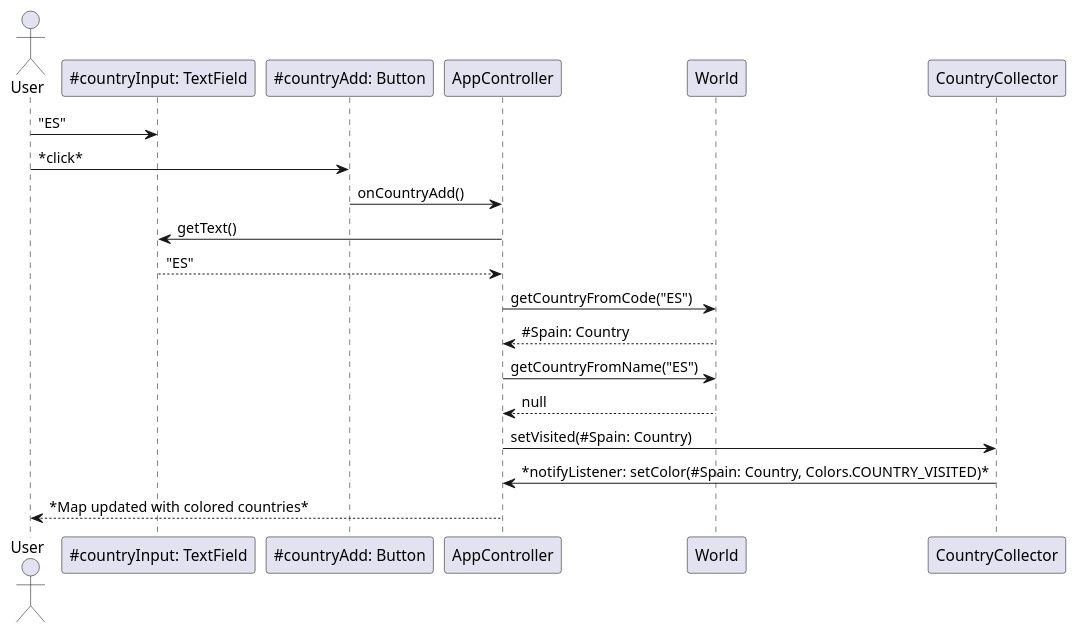
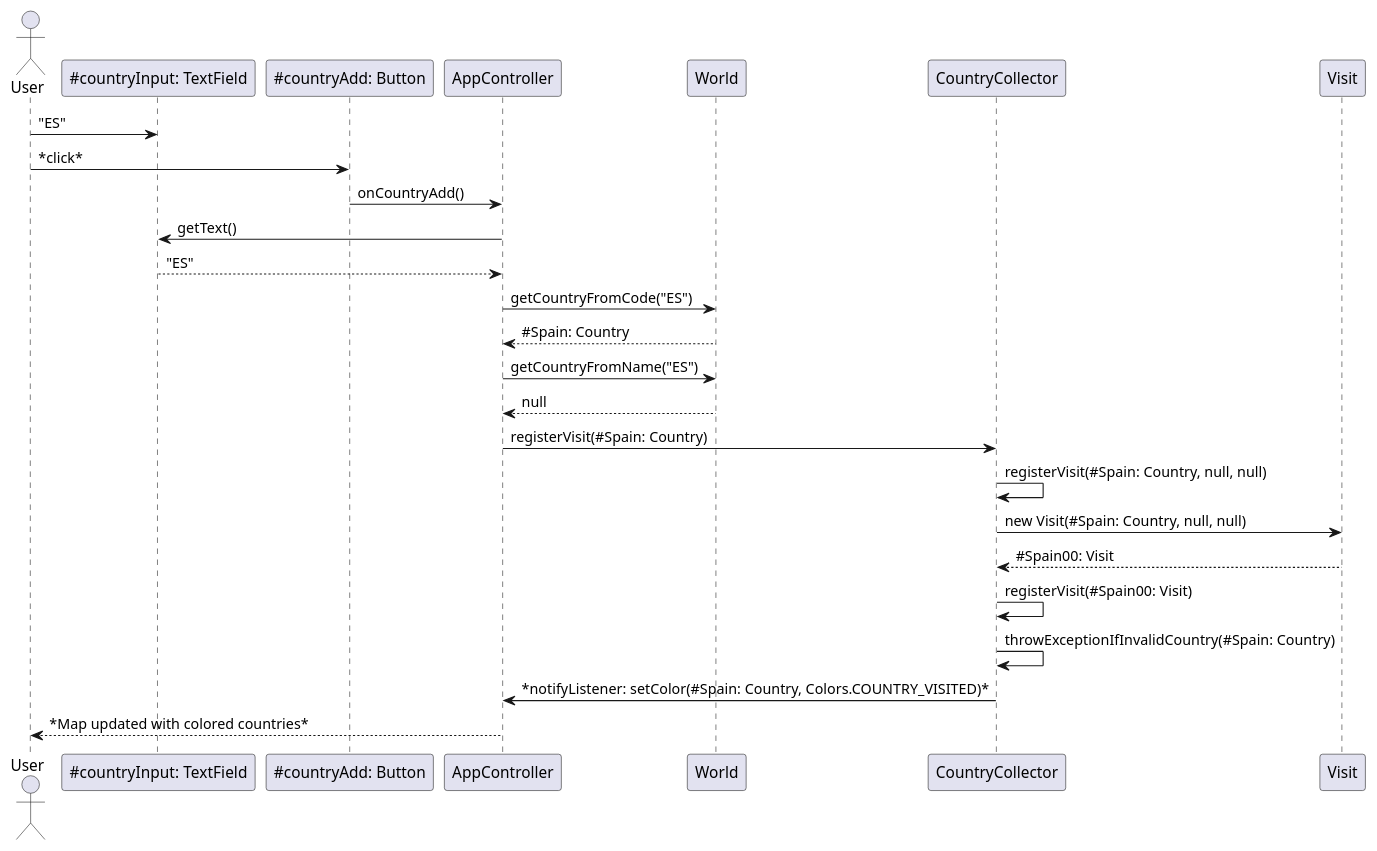
One commit to dotClique/globingular changed the first of 4 diagrams in userStories/README.md. Above: the diagram before and after it, drawn with PlantUML. The commit also changed other lines of this file and 1 other file, not shown here.

````diff
--- a/userStories/README.md
+++ b/userStories/README.md
@@ -10,17 +10,22 @@
 ```plantuml
 
 actor User
 User -> "~#countryInput: TextField" as countryInput: "ES"
 User -> "~#countryAdd: Button" as countryAdd: *click*
 countryAdd -> AppController: onCountryAdd()
 AppController -> countryInput: getText()
 return "ES"
 AppController -> World: getCountryFromCode("ES")
 return ~#Spain: Country
 AppController -> World: getCountryFromName("ES")
 return null
-AppController -> CountryCollector: setVisited(#Spain: Country)
+AppController -> CountryCollector: registerVisit(#Spain: Country)
+CountryCollector -> CountryCollector: registerVisit(#Spain: Country, null, null)
+CountryCollector -> Visit: new Visit(#Spain: Country, null, null)
+Visit --> CountryCollector: ~#Spain00: Visit
+CountryCollector -> CountryCollector: registerVisit(#Spain00: Visit)
+CountryCollector -> CountryCollector: throwExceptionIfInvalidCountry(#Spain: Country)
 CountryCollector -> AppController: *notifyListener: setColor(#Spain: Country, Colors.COUNTRY_VISITED)*
 AppController --> User: *Map updated with colored countries*
 
 ```
````
